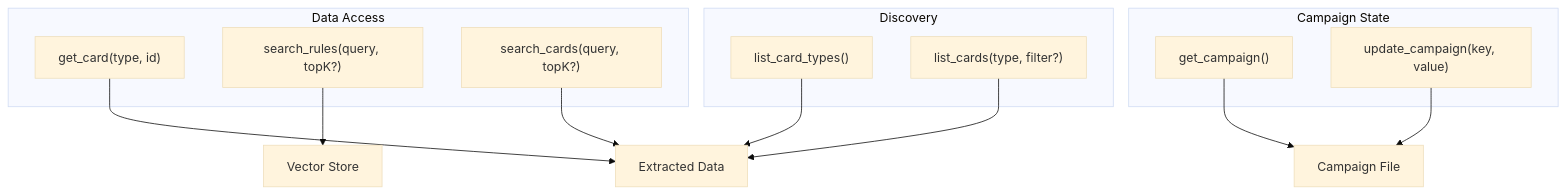
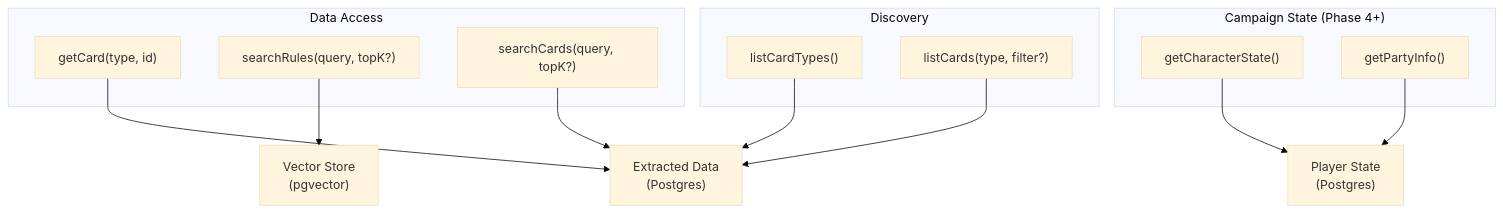
Before and after one commit to maz-org/squire: the second of 2 diagrams in docs/ARCHITECTURE.md, drawn with Mermaid (base theme). The commit also changed other lines of this file, not shown here.

Commit message:
docs(architecture): rewrite ARCHITECTURE.md as architect-owned tech spec v1.0

````diff
--- a/docs/ARCHITECTURE.md
+++ b/docs/ARCHITECTURE.md
@@ -171,24 +310,24 @@
 ```mermaid
 graph TB
     subgraph discovery["Discovery"]
-        lct["list_card_types()"]
-        lc["list_cards(type, filter?)"]
+        lct["listCardTypes()"]
+        lc["listCards(type, filter?)"]
     end
     subgraph access["Data Access"]
-        gc["get_card(type, id)"]
-        sr["search_rules(query, topK?)"]
-        sc["search_cards(query, topK?)"]
+        gc["getCard(type, id)"]
+        sr["searchRules(query, topK?)"]
+        sc["searchCards(query, topK?)"]
     end
-    subgraph campaign["Campaign State"]
-        gcmp["get_campaign()"]
-        ucmp["update_campaign(key, value)"]
+    subgraph campaign["Campaign State (Phase 4+)"]
+        gcmp["getCharacterState()"]
+        gpi["getPartyInfo()"]
     end
 
-    sr --> vs["Vector Store"]
-    sc --> ed["Extracted Data"]
+    sr --> vs["Vector Store<br/>(pgvector)"]
+    sc --> ed["Extracted Data<br/>(Postgres)"]
     gc --> ed
     lct --> ed
     lc --> ed
-    gcmp --> fs["Campaign File"]
-    ucmp --> fs
+    gcmp --> ps["Player State<br/>(Postgres)"]
+    gpi --> ps
 ```
````
